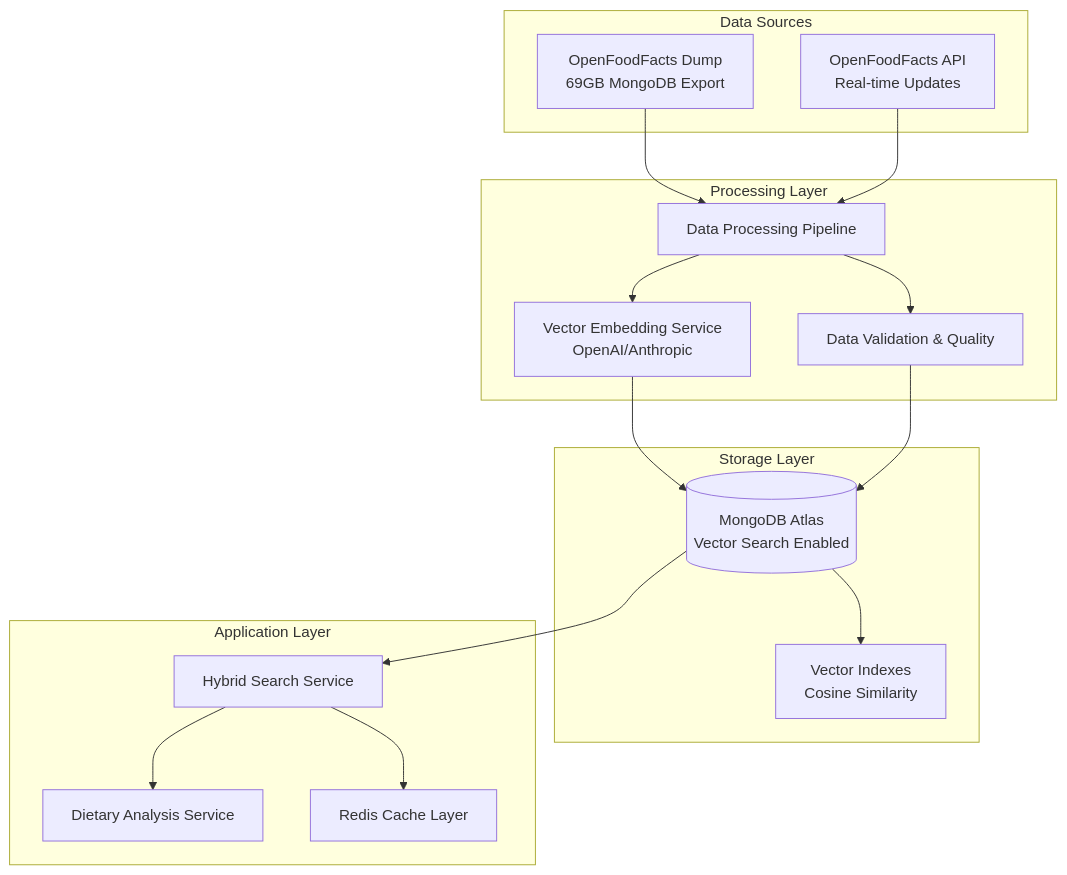
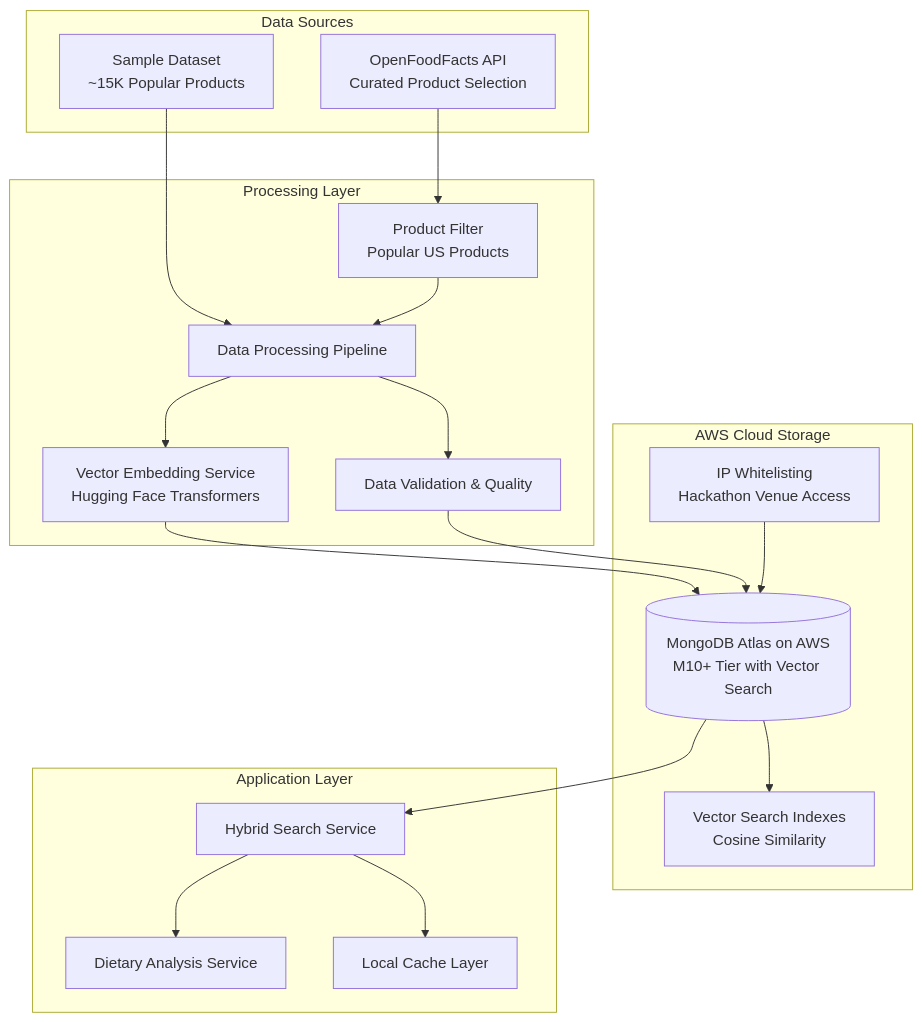
The diagram in .kiro/specs/02-data-schema-ingestion/design.md (pliekhus77/SMARTIES), drawn with Mermaid before and after one commit. The commit also changed other lines of this file and 5 other files, not shown here.

First line of the commit message:
feat(data-schema): Enhance OpenFoodFacts data ingestion design with AWS and Hugging Face integration

````diff
--- a/.kiro/specs/02-data-schema-ingestion/design.md
+++ b/.kiro/specs/02-data-schema-ingestion/design.md
@@ -13,35 +13,39 @@
 ```mermaid
 graph TB
     subgraph "Data Sources"
-        OFF[OpenFoodFacts Dump<br/>69GB MongoDB Export]
-        API[OpenFoodFacts API<br/>Real-time Updates]
+        OFF[OpenFoodFacts API<br/>Curated Product Selection]
+        SAMPLE[Sample Dataset<br/>~15K Popular Products]
     end
     
     subgraph "Processing Layer"
         ETL[Data Processing Pipeline]
-        EMB[Vector Embedding Service<br/>OpenAI/Anthropic]
+        EMB[Vector Embedding Service<br/>Hugging Face Transformers]
         VAL[Data Validation & Quality]
+        FILTER[Product Filter<br/>Popular US Products]
     end
     
-    subgraph "Storage Layer"
-        ATLAS[(MongoDB Atlas<br/>Vector Search Enabled)]
-        IDX[Vector Indexes<br/>Cosine Similarity]
+    subgraph "AWS Cloud Storage"
+        ATLAS[(MongoDB Atlas on AWS<br/>M10+ Tier with Vector Search)]
+        VECTOR[Vector Search Indexes<br/>Cosine Similarity]
+        NETWORK[IP Whitelisting<br/>Hackathon Venue Access]
     end
     
     subgraph "Application Layer"
         HYBRID[Hybrid Search Service]
         DIET[Dietary Analysis Service]
-        CACHE[Redis Cache Layer]
+        CACHE[Local Cache Layer]
     end
     
-    OFF --> ETL
-    API --> ETL
+    OFF --> FILTER
+    SAMPLE --> ETL
+    FILTER --> ETL
     ETL --> EMB
     ETL --> VAL
     EMB --> ATLAS
     VAL --> ATLAS
-    ATLAS --> IDX
+    ATLAS --> VECTOR
+    NETWORK --> ATLAS
     ATLAS --> HYBRID
     HYBRID --> DIET
     HYBRID --> CACHE
 ```
````
